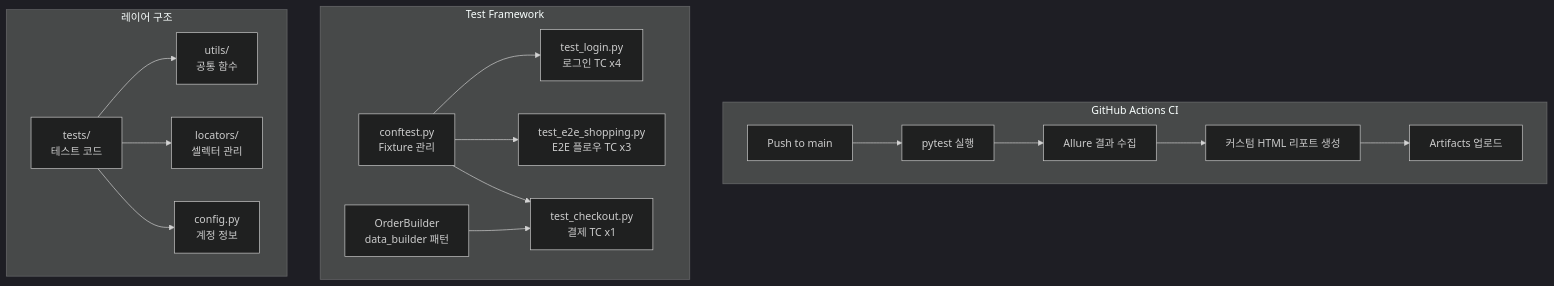
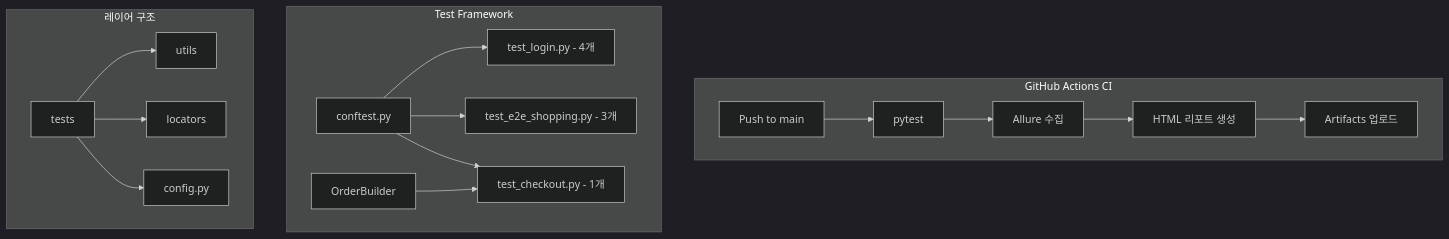
Before and after one commit to cmi94/playwright-e2e-framework: the diagram in README.md, drawn with Mermaid (dark theme).

````diff
--- a/README.md
+++ b/README.md
@@ -51,26 +51,22 @@
 ```mermaid
 flowchart TD
     subgraph CI["GitHub Actions CI"]
-        A[Push to main] --> B[pytest 실행]
-        B --> C[Allure 결과 수집]
-        C --> D[커스텀 HTML 리포트 생성]
+        A[Push to main] --> B[pytest]
+        B --> C[Allure 수집]
+        C --> D[HTML 리포트 생성]
         D --> E[Artifacts 업로드]
     end
 
     subgraph Framework["Test Framework"]
-        F[conftest.py\nFixture 관리] --> G[test_login.py\n로그인 TC x4]
-        F --> H[test_e2e_shopping.py\nE2E 플로우 TC x3]
-        F --> I[test_checkout.py\n결제 TC x1]
-        J[OrderBuilder\ndata_builder 패턴] --> I
+        F[conftest.py] --> G[test_login.py - 4개]
+        F --> H[test_e2e_shopping.py - 3개]
+        F --> I[test_checkout.py - 1개]
+        J[OrderBuilder] --> I
     end
 
     subgraph Layers["레이어 구조"]
-        K[tests/\n테스트 코드]
-        L[utils/\n공통 함수]
-        M[locators/\n셀렉터 관리]
-        N[config.py\n계정 정보]
-        K --> L
-        K --> M
-        K --> N
+        K[tests] --> L[utils]
+        K --> M[locators]
+        K --> N[config.py]
     end
 ```
````
